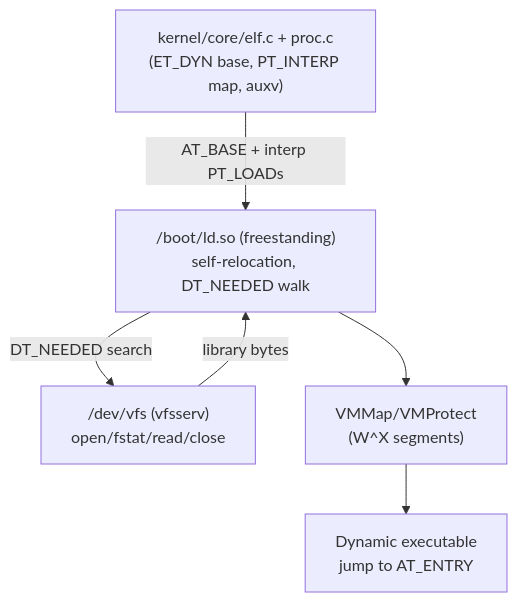
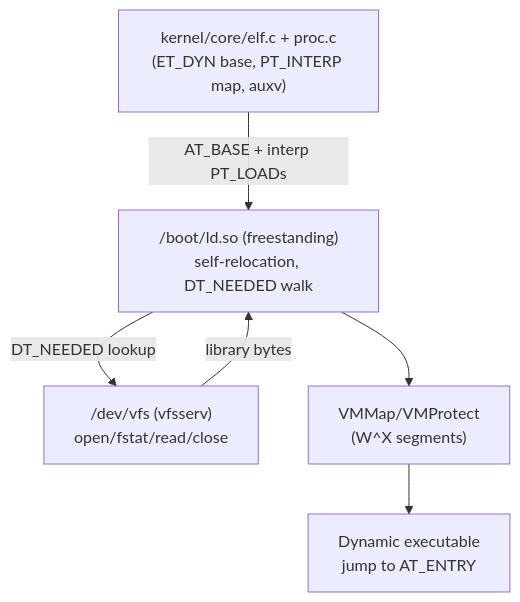
One commit to Deniz-Eren/microkernel changed the diagram in docs/30-architecture/adr/ADR_0057.md. Above: the diagram before and after it, drawn with Mermaid. The commit also changed other lines of this file and 151 other files, not shown here.

````diff
--- a/docs/30-architecture/adr/ADR_0057.md
+++ b/docs/30-architecture/adr/ADR_0057.md
@@ -26,14 +26,14 @@
 ```mermaid
 flowchart TD
     K["kernel/core/elf.c + proc.c<br/>(ET_DYN base, PT_INTERP map, auxv)"]
     LDSO["/boot/ld.so (freestanding)<br/>self-relocation, DT_NEEDED walk"]
     VFS["/dev/vfs (vfsserv)<br/>open/fstat/read/close"]
     MM["VMMap/VMProtect<br/>(W^X segments)"]
     APP["Dynamic executable<br/>jump to AT_ENTRY"]
 
     K -->|"AT_BASE + interp PT_LOADs"| LDSO
-    LDSO -->|"DT_NEEDED search"| VFS
+    LDSO -->|"DT_NEEDED lookup"| VFS
     VFS -->|"library bytes"| LDSO
     LDSO --> MM
     MM --> APP
 ```
````
